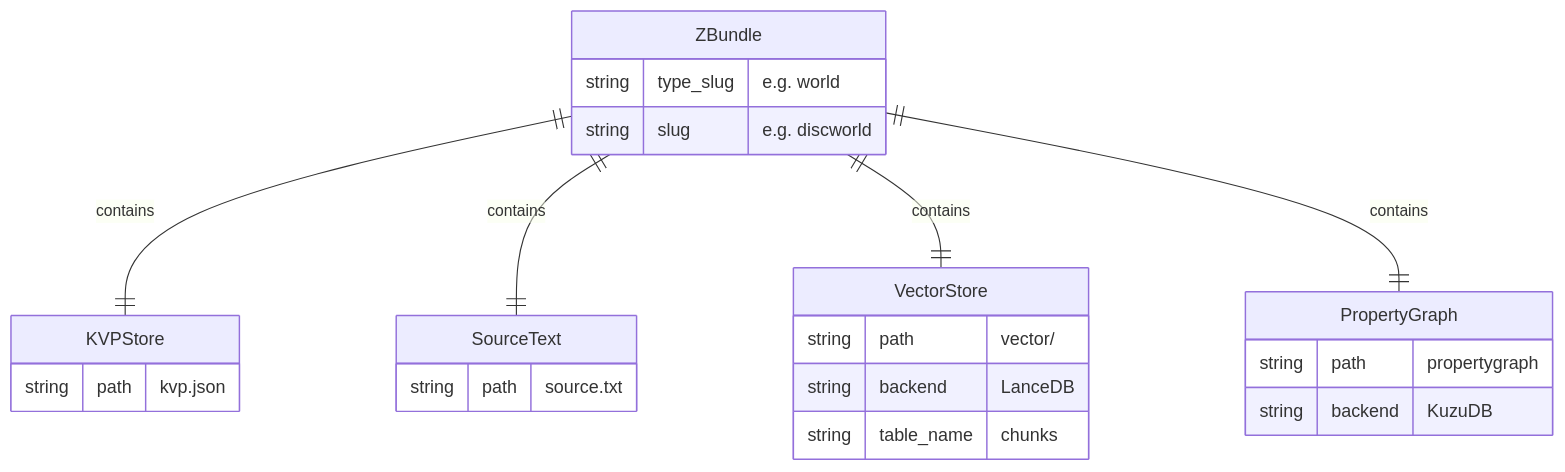
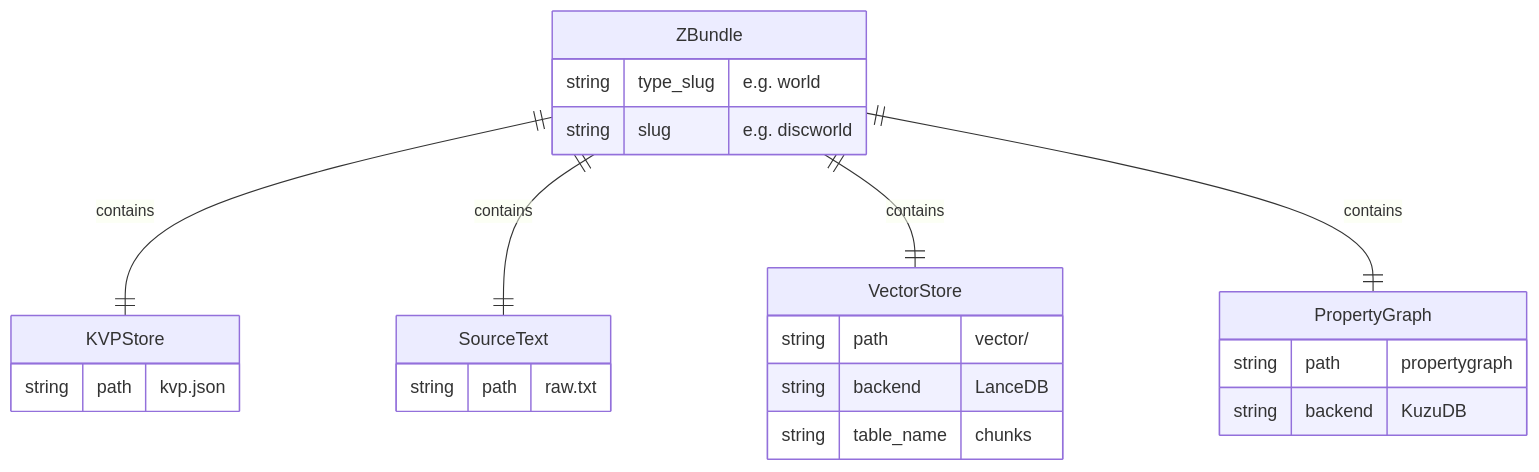
Before and after one commit to peterbaileyct/zforge: the second of 5 diagrams in docs/ER Diagram.md, drawn with Mermaid. The commit also changed other lines of this file and 39 other files, not shown here.

Commit message:
Rewrote world generation to use a much more detailed ontology for the graph and much more precise chunking, and generated summaries, for the vector. Massive rewrite of UI code incorporating best practices for Flet and static analysis to find errors before runtime.

````diff
--- a/docs/ER Diagram.md
+++ b/docs/ER Diagram.md
@@ -77,27 +77,27 @@
 ```mermaid
 erDiagram
     ZBundle {
         string type_slug "e.g. world"
         string slug "e.g. discworld"
     }
     KVPStore {
         string path "kvp.json"
     }
     SourceText {
-        string path "source.txt"
+        string path "raw.txt"
     }
     VectorStore {
         string path "vector/"
         string backend "LanceDB"
         string table_name "chunks"
     }
     PropertyGraph {
         string path "propertygraph"
         string backend "KuzuDB"
     }
 
     ZBundle      ||--|| KVPStore         : "contains"
     ZBundle      ||--|| SourceText       : "contains"
     ZBundle      ||--|| VectorStore      : "contains"
     ZBundle      ||--|| PropertyGraph    : "contains"
 ```
````
